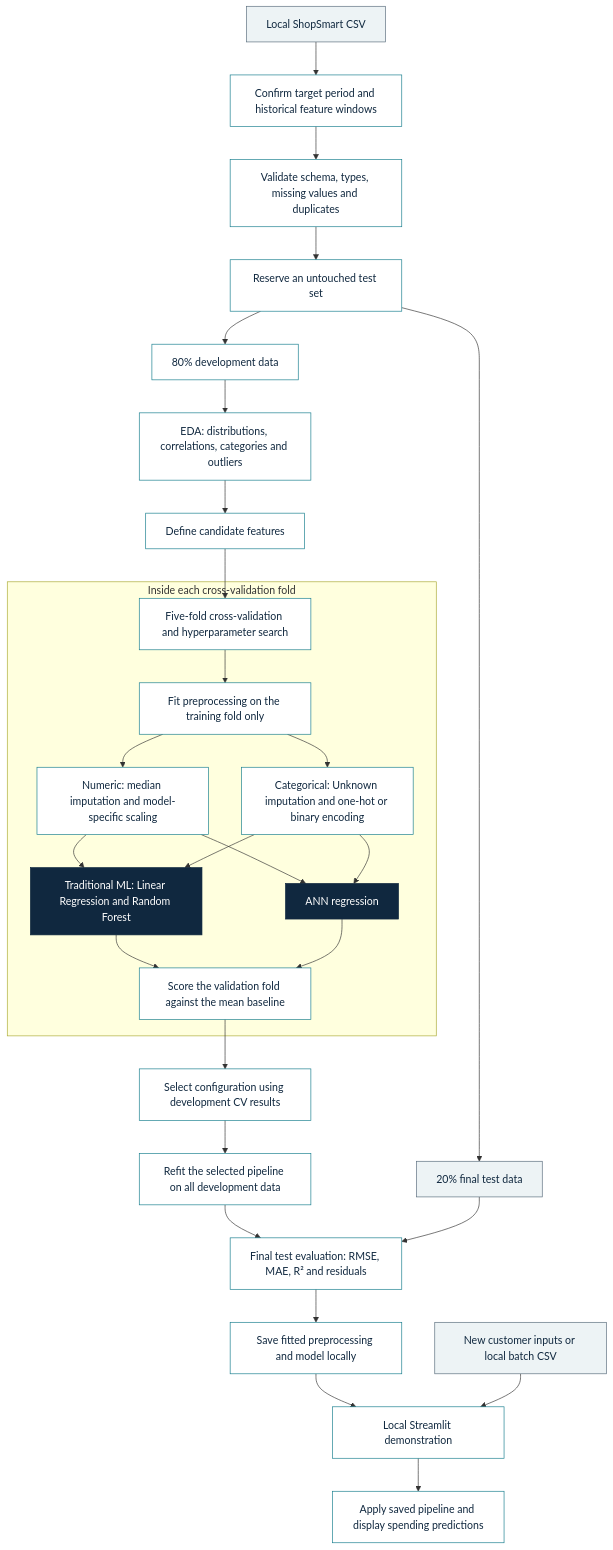
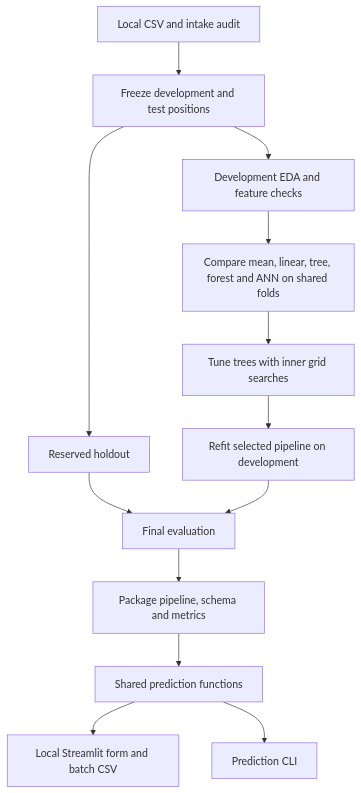
Before and after one commit to amriteshsingh956-tech/Code_Poison_HCL_Tech_Hackathon: the diagram in README.md, drawn with Mermaid. The commit also changed other lines of this file and 42 other files, not shown here.

Commit message:
Implement reproducible ShopSmart amount and range prediction demo

````diff
--- a/README.md
+++ b/README.md
@@ -49,41 +73,15 @@
 ```mermaid
 flowchart TD
-    A["Local ShopSmart CSV"] --> B["Confirm target period and historical feature windows"]
-    B --> C["Validate schema, types, missing values and duplicates"]
-    C --> D["Reserve an untouched test set"]
-
-    D --> E["80% development data"]
-    D --> T["20% final test data"]
-
-    E --> F["EDA: distributions, correlations, categories and outliers"]
-    F --> G["Define candidate features"]
-    G --> H["Five-fold cross-validation and hyperparameter search"]
-
-    subgraph CV["Inside each cross-validation fold"]
-        H --> I["Fit preprocessing on the training fold only"]
-        I --> J["Numeric: median imputation and model-specific scaling"]
-        I --> K["Categorical: Unknown imputation and one-hot or binary encoding"]
-        J --> L["Traditional ML: Linear Regression and Random Forest"]
-        K --> L
-        J --> M["ANN regression"]
-        K --> M
-        L --> N["Score the validation fold against the mean baseline"]
-        M --> N
-    end
-
-    N --> O["Select configuration using development CV results"]
-    O --> P["Refit the selected pipeline on all development data"]
-    P --> Q["Final test evaluation: RMSE, MAE, R² and residuals"]
-    T --> Q
-    Q --> R["Save fitted preprocessing and model locally"]
-    R --> S["Local Streamlit demonstration"]
-    U["New customer inputs or local batch CSV"] --> S
-    S --> V["Apply saved pipeline and display spending predictions"]
-
-    classDef input fill:#EDF3F5,stroke:#596C7C,color:#10283F;
-    classDef process fill:#FFFFFF,stroke:#167D8D,color:#10283F;
-    classDef model fill:#10283F,stroke:#10283F,color:#FFFFFF;
-    class A,T,U input;
-    class B,C,D,E,F,G,H,I,J,K,N,O,P,Q,R,S,V process;
-    class L,M model;
+    A["Local CSV and intake audit"] --> B["Freeze development and test positions"]
+    B --> C["Development EDA and feature checks"]
+    C --> D["Compare mean, linear, tree, forest and ANN on shared folds"]
+    D --> E["Tune trees with inner grid searches"]
+    E --> F["Refit selected pipeline on development"]
+    B --> H["Reserved holdout"]
+    H --> G["Final evaluation"]
+    F --> G
+    G --> P["Package pipeline, schema and metrics"]
+    P --> I["Shared prediction functions"]
+    I --> J["Local Streamlit form and batch CSV"]
+    I --> K["Prediction CLI"]
 ```
````
